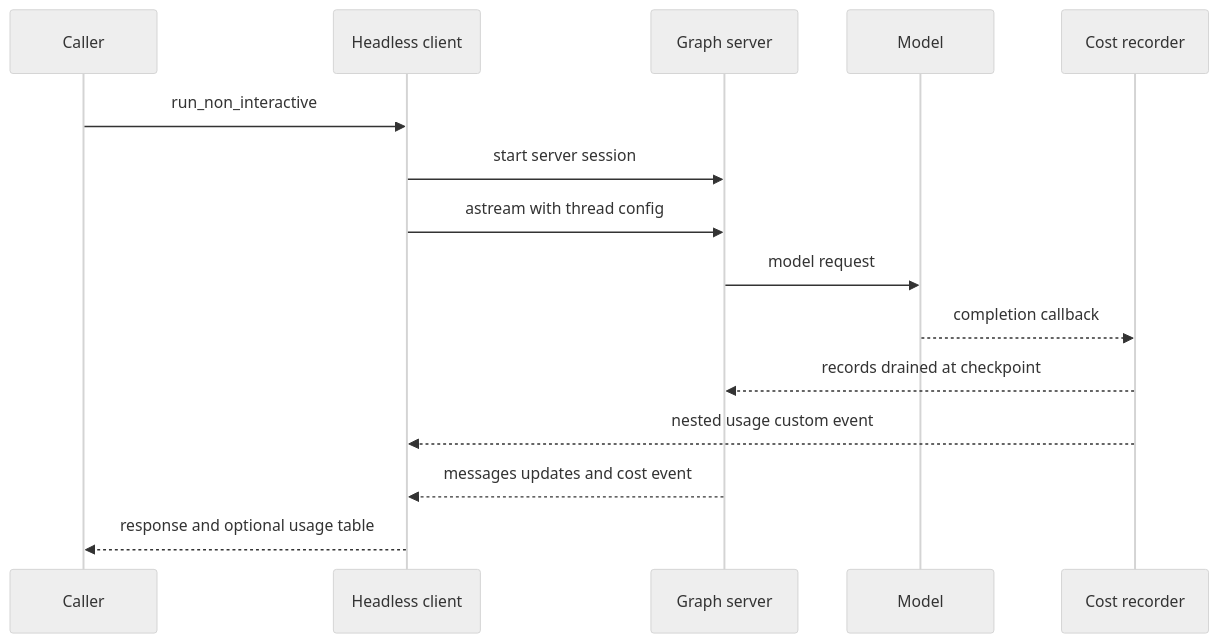
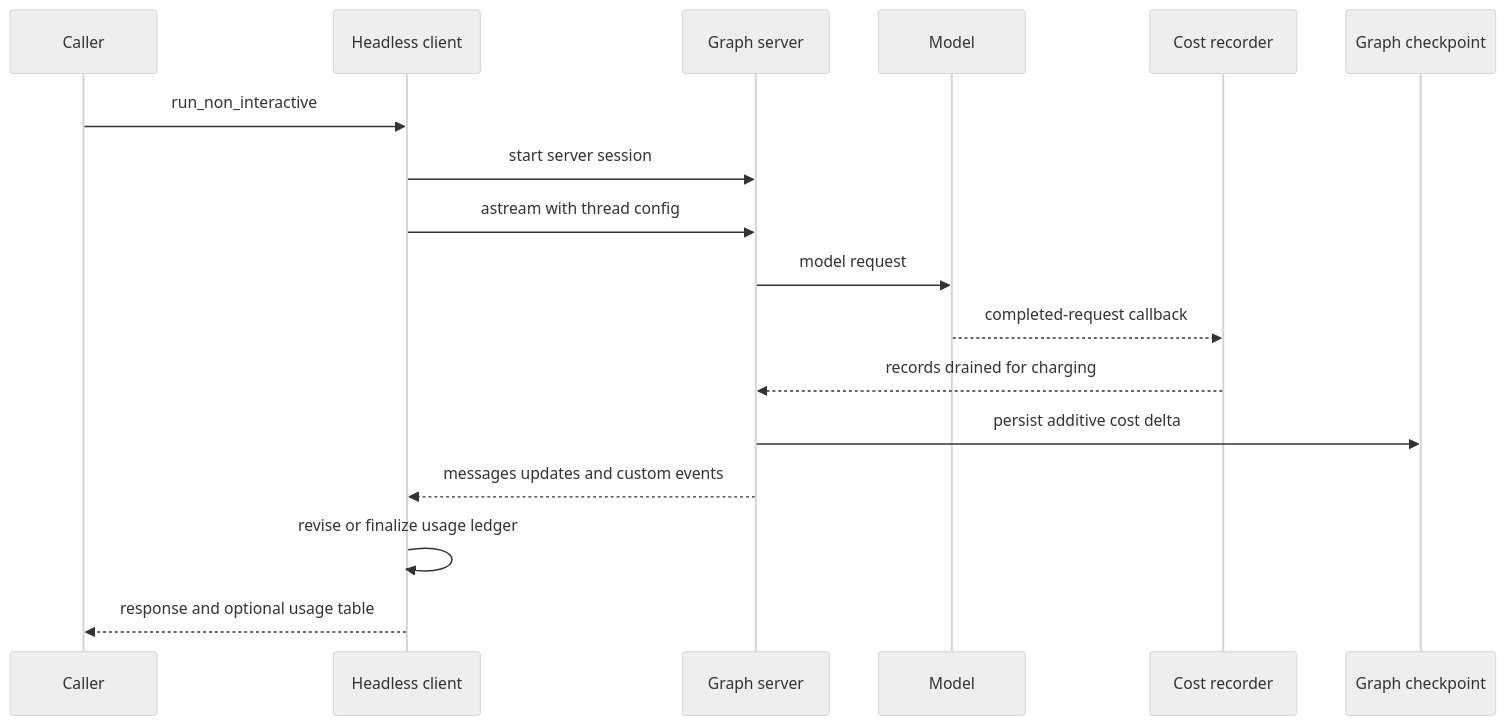
The diagram in openwiki/runtime-behavior.md (langchain-ai/deepagents), drawn with Mermaid (neutral theme) before and after one commit. The commit also changed other lines of this file and 28 other files, not shown here.

````diff
--- a/openwiki/runtime-behavior.md
+++ b/openwiki/runtime-behavior.md
@@ -41,17 +45,19 @@
 ```mermaid
 sequenceDiagram
     participant Caller
     participant Client as Headless client
     participant Server as Graph server
     participant Model
     participant Recorder as Cost recorder
+    participant Checkpoint as Graph checkpoint
     Caller->>Client: run_non_interactive
     Client->>Server: start server session
     Client->>Server: astream with thread config
     Server->>Model: model request
-    Model-->>Recorder: completion callback
-    Recorder-->>Server: records drained at checkpoint
-    Recorder-->>Client: nested usage custom event
-    Server-->>Client: messages updates and cost event
+    Model-->>Recorder: completed-request callback
+    Recorder-->>Server: records drained for charging
+    Server->>Checkpoint: persist additive cost delta
+    Server-->>Client: messages updates and custom events
+    Client->>Client: revise or finalize usage ledger
     Client-->>Caller: response and optional usage table
 ```
````
